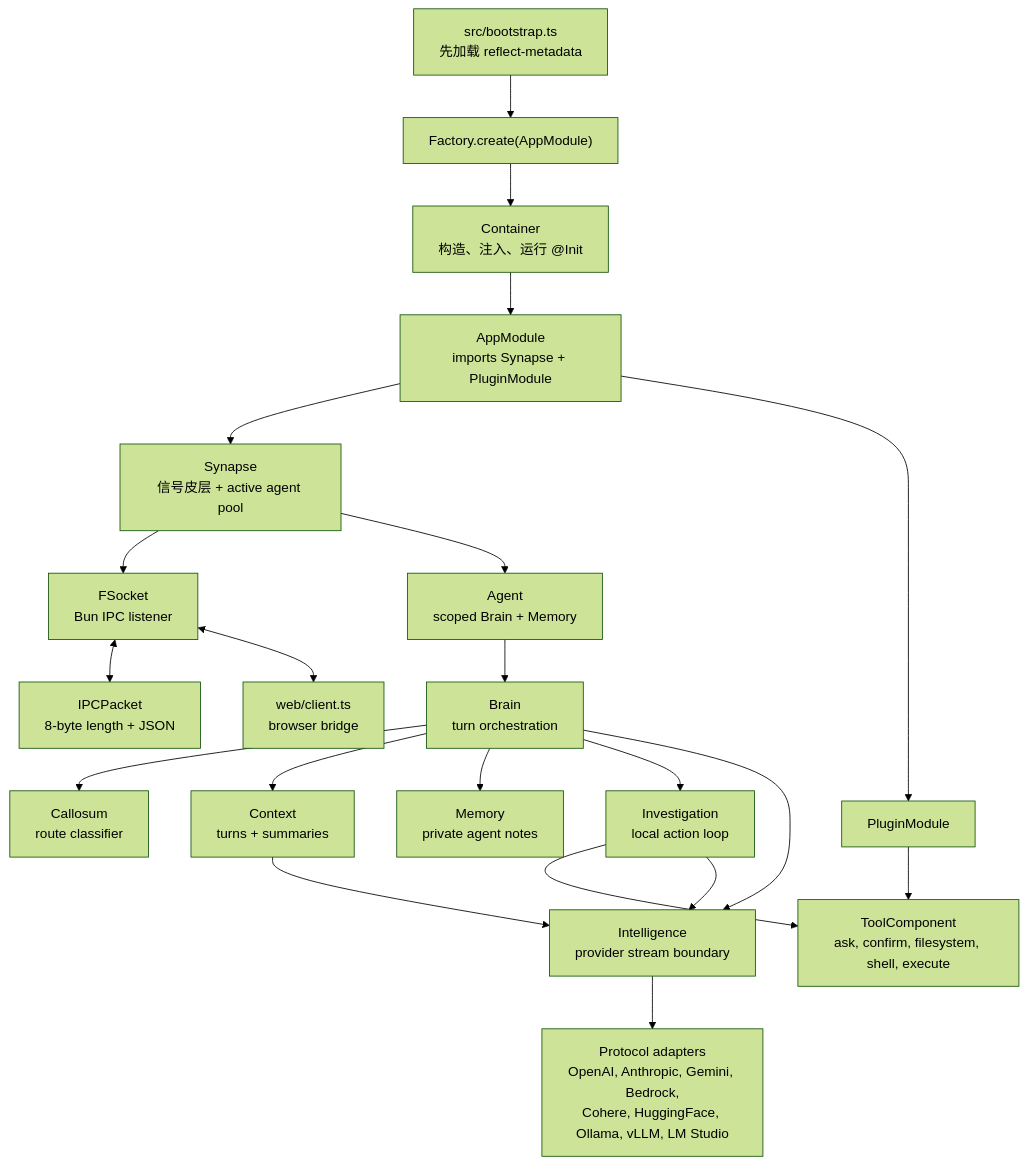
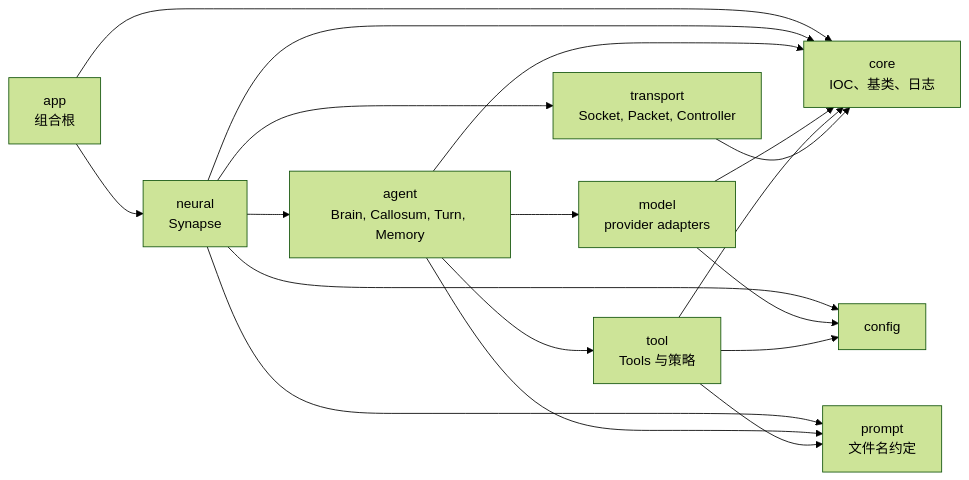
The first of 2 diagrams in README.zh.cn.md (flyflor/flyflor), drawn with Mermaid (forest theme) before and after one commit. The commit also changed other lines of this file and 5 other files, not shown here.

First line of the commit message:
docs: record the lifeform architecture

````diff
--- a/README.zh.cn.md
+++ b/README.zh.cn.md
@@ -28,26 +26,20 @@
 ```mermaid
-flowchart TB
-    Bootstrap["src/bootstrap.ts<br/>先加载 reflect-metadata"] --> Factory["Factory.create(AppModule)"]
-    Factory --> Container["Container<br/>构造、注入、运行 @Init"]
-    Container --> AppModule["AppModule<br/>imports Synapse + PluginModule"]
-
-    AppModule --> Synapse["Synapse<br/>信号皮层 + active agent pool"]
-    AppModule --> PluginModule["PluginModule"]
-    PluginModule --> Tools["ToolComponent<br/>ask, confirm, filesystem, shell, execute"]
-
-    Synapse --> Socket["FSocket<br/>Bun IPC listener"]
-    Socket <--> Packet["IPCPacket<br/>8-byte length + JSON"]
-    Socket <--> Client["web/client.ts<br/>browser bridge"]
-
-    Synapse --> Agent["Agent<br/>scoped Brain + Memory"]
-    Agent --> Brain["Brain<br/>turn orchestration"]
-    Brain --> Callosum["Callosum<br/>route classifier"]
-    Brain --> Context["Context<br/>turns + summaries"]
-    Brain --> Memory["Memory<br/>private agent notes"]
-    Brain --> Investigation["Investigation<br/>local action loop"]
-    Brain --> Intelligence["Intelligence<br/>provider stream boundary"]
-    Context --> Intelligence
-    Investigation --> Tools
-    Investigation --> Intelligence
-    Intelligence --> Protocols["Protocol adapters<br/>OpenAI, Anthropic, Gemini, Bedrock,<br/>Cohere, HuggingFace, Ollama, vLLM, LM Studio"]
+flowchart LR
+    App["app<br/>组合根"] --> Neural["neural<br/>Synapse"]
+    Neural --> Agent["agent<br/>Brain, Callosum, Turn, Memory"]
+    Neural --> Transport["transport<br/>Socket, Packet, Controller"]
+    Agent --> Model["model<br/>provider adapters"]
+    Agent --> Tool["tool<br/>Tools 与策略"]
+    App --> Core["core<br/>IOC、基类、日志"]
+    Neural --> Core
+    Agent --> Core
+    Model --> Core
+    Tool --> Core
+    Transport --> Core
+    Neural --> Config["config"]
+    Model --> Config
+    Tool --> Config
+    Neural --> Prompt["prompt<br/>文件名约定"]
+    Agent --> Prompt
+    Tool --> Prompt
 ```
````
